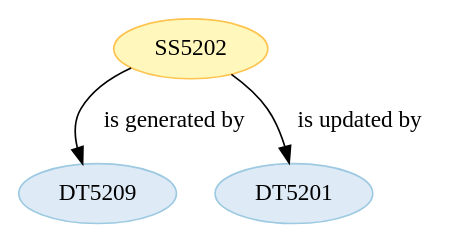
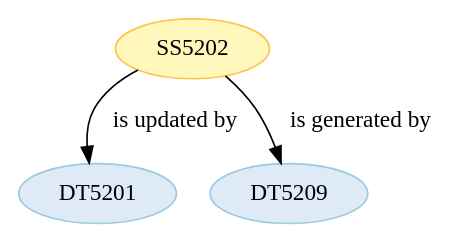
One commit to Marco-Salvi/cwl-test changed the diagram in wf5201/ST520102.dot. Above: the diagram before and after it, drawn with Graphviz. The commit also changed other lines of this file and 26 other files, not shown here.

```diff
--- a/wf5201/ST520102.dot
+++ b/wf5201/ST520102.dot
@@ -1,14 +1,14 @@
 strict digraph {
 
+
+	"DT5201" [ color="2", colorscheme="blues3", fillcolor="1", style="filled",  weight=0 ];
 
 	"DT5209" [ color="2", colorscheme="blues3", fillcolor="1", style="filled",  weight=0 ];
 
 	"SS5202" [ color="2", colorscheme="ylorbr3", fillcolor="1", style="filled",  weight=0 ];
 
+	"SS5202" -> "DT5209" [ label="is generated by", labeltooltip="DT5209 - is generated by - SS5202",  weight=0 ];
+
 	"SS5202" -> "DT5201" [ label="is updated by", labeltooltip="DT5201 - is updated by - SS5202",  weight=0 ];
 
-	"SS5202" -> "DT5209" [ label="is generated by", labeltooltip="DT5209 - is generated by - SS5202",  weight=0 ];
-
-	"DT5201" [ color="2", colorscheme="blues3", fillcolor="1", style="filled",  weight=0 ];
-
 }
```
